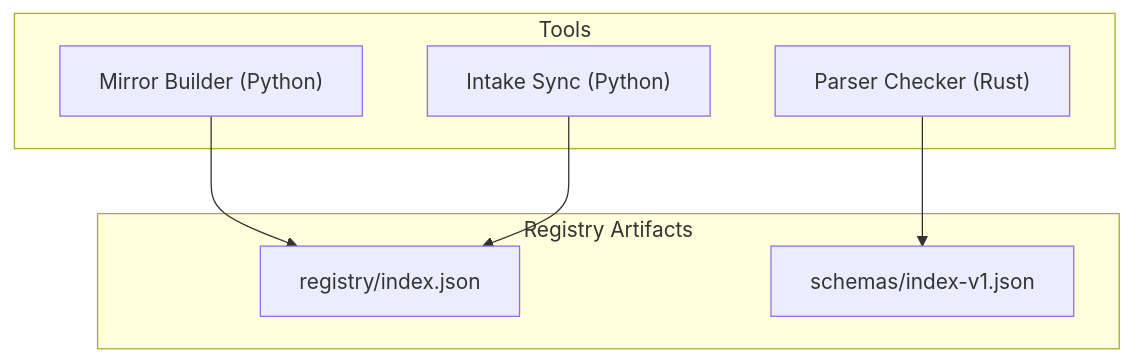
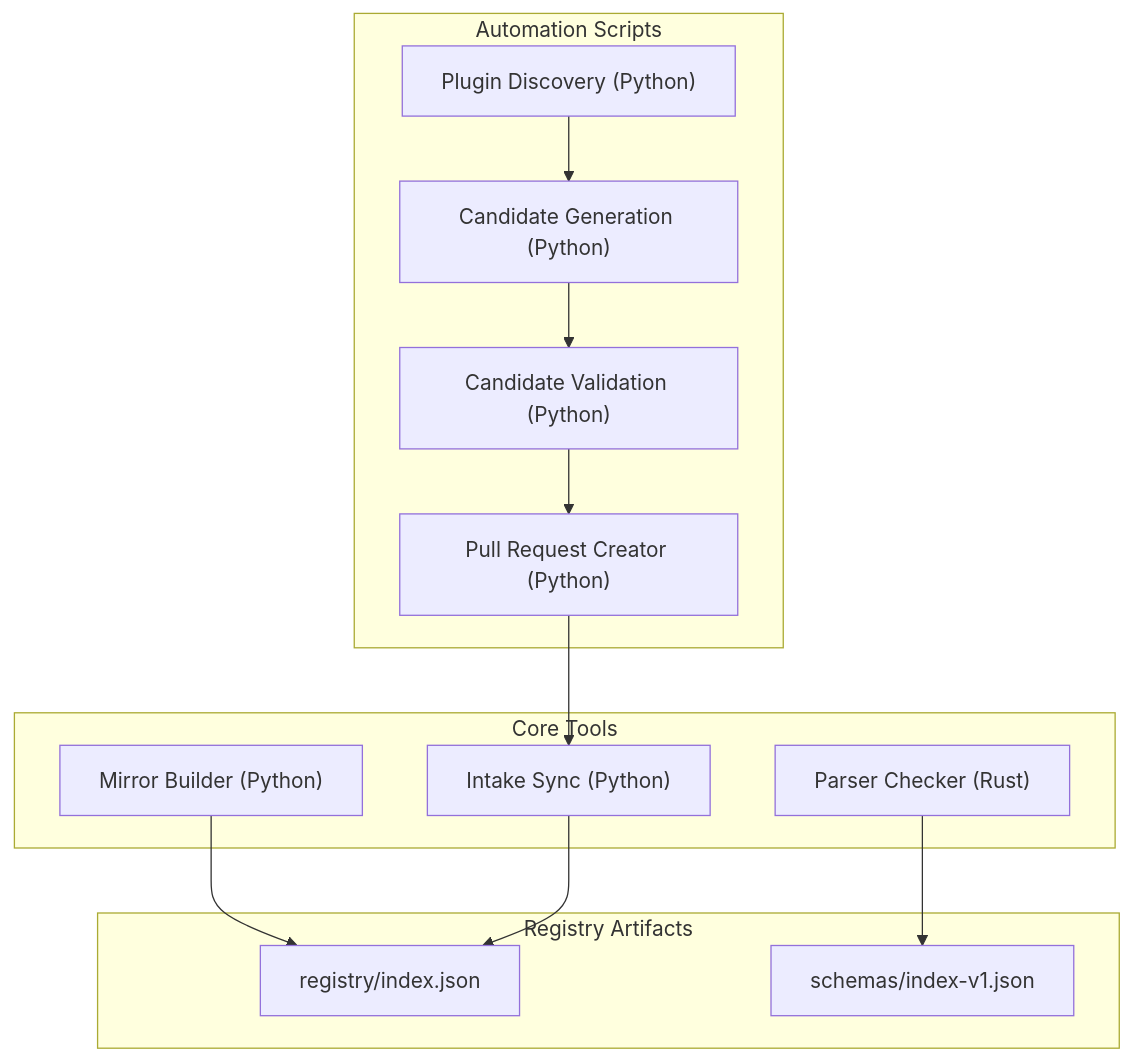
One commit to tonythethompson/numan-registry changed the first of 10 diagrams in .qoder/repowiki/en/content/Tools and Utilities.md. Above: the diagram before and after it, drawn with Mermaid. The commit also changed other lines of this file and 37 other files, not shown here.

Commit message:
Add CLAUDE.md, expand backlog schema, update docs

````diff
--- a/.qoder/repowiki/en/content/Tools and Utilities.md
+++ b/.qoder/repowiki/en/content/Tools and Utilities.md
@@ -41,15 +58,25 @@
 ```mermaid
 graph TB
-subgraph "Tools"
+subgraph "Core Tools"
 Parser["Parser Checker (Rust)"]
 Mirror["Mirror Builder (Python)"]
 Intake["Intake Sync (Python)"]
+end
+subgraph "Automation Scripts"
+Discover["Plugin Discovery (Python)"]
+GenCandidate["Candidate Generation (Python)"]
+ValidateCandidate["Candidate Validation (Python)"]
+OpenPR["Pull Request Creator (Python)"]
 end
 subgraph "Registry Artifacts"
 Index["registry/index.json"]
 Schema["schemas/index-v1.json"]
 end
 Parser --> Schema
 Mirror --> Index
 Intake --> Index
+Discover --> GenCandidate
+GenCandidate --> ValidateCandidate
+ValidateCandidate --> OpenPR
+OpenPR --> Intake
 ```
````
